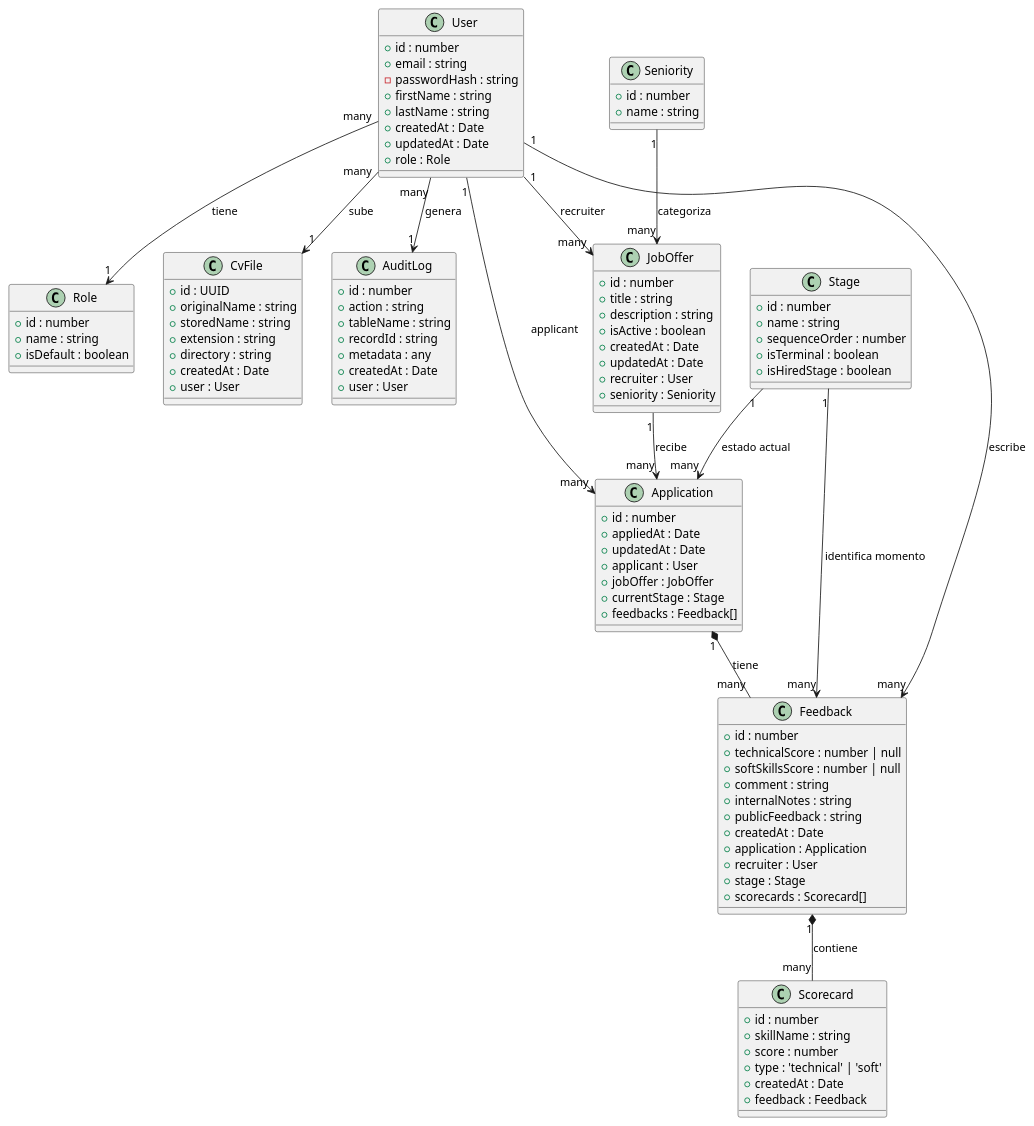
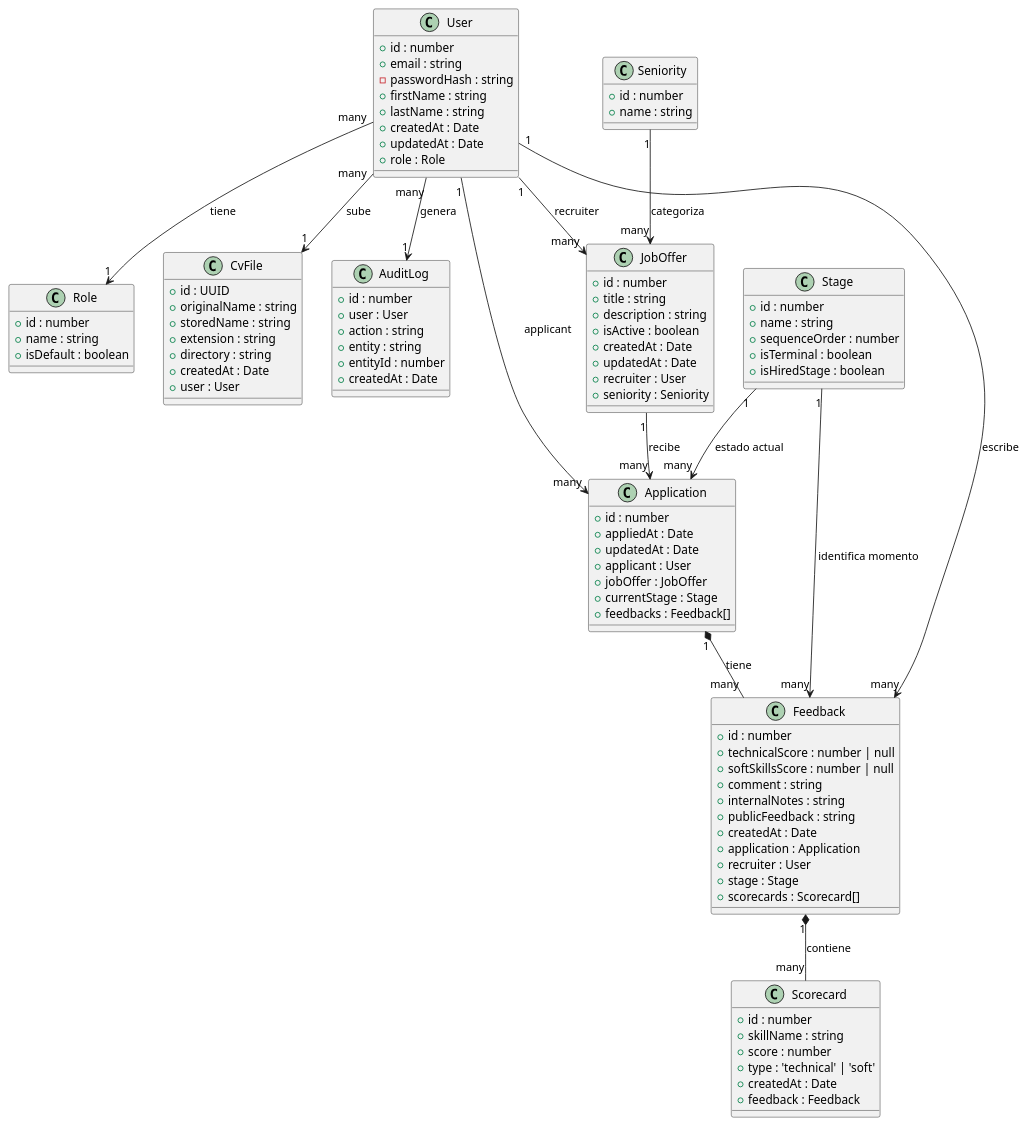
The diagram in documentacion/nextStep.puml (LauEroles/NextStep), drawn with PlantUML before and after one commit. The commit also changed 1 other file, not shown here.

Commit message:
update diagrams audit-logs

```diff
--- a/documentacion/nextStep.puml
+++ b/documentacion/nextStep.puml
@@ -1,115 +1,114 @@
 @startuml NextStep Diagrama de Clases
 
 class Role {
   + id : number
   + name : string
   + isDefault : boolean
 }
 
 class User {
   + id : number
   + email : string
   - passwordHash : string
   + firstName : string
   + lastName : string
   + createdAt : Date
   + updatedAt : Date
   + role : Role
 }
 
 class Seniority {
   + id : number
   + name : string
 }
 
 class JobOffer {
   + id : number
   + title : string
   + description : string
   + isActive : boolean
   + createdAt : Date
   + updatedAt : Date
   + recruiter : User
   + seniority : Seniority
 }
 
 class Stage {
   + id : number
   + name : string
   + sequenceOrder : number
   + isTerminal : boolean
   + isHiredStage : boolean
 }
 
 class Application {
   + id : number
   + appliedAt : Date
   + updatedAt : Date
   + applicant : User
   + jobOffer : JobOffer
   + currentStage : Stage
   + feedbacks : Feedback[]
 }
 
 class Feedback {
   + id : number
   + technicalScore : number | null
   + softSkillsScore : number | null
   + comment : string
   + internalNotes : string
   + publicFeedback : string
   + createdAt : Date
   + application : Application
   + recruiter : User
   + stage : Stage
   + scorecards : Scorecard[]
 }
 
 class Scorecard {
   + id : number
   + skillName : string
   + score : number
   + type : 'technical' | 'soft'
   + createdAt : Date
   + feedback : Feedback
 }
 
 class CvFile {
   + id : UUID
   + originalName : string
   + storedName : string
   + extension : string
   + directory : string
   + createdAt : Date
   + user : User
 }
 
 class AuditLog {
   + id : number
+  + user : User
   + action : string
-  + tableName : string
-  + recordId : string
-  + metadata : any
+  + entity : string
+  + entityId : number
   + createdAt : Date
-  + user : User
 }
 
 ' Relaciones
 User "many" --> "1" Role : "tiene"
 User "many" --> "1" CvFile : "sube"
 User "many" --> "1" AuditLog : "genera"
 User "1" --> "many" JobOffer : "recruiter"
 User "1" --> "many" Application : "applicant"
 User "1" --> "many" Feedback : "escribe"
 
 Seniority "1" --> "many" JobOffer : "categoriza"
 
 JobOffer "1" --> "many" Application : "recibe"
 
 Stage "1" --> "many" Application : "estado actual"
 Stage "1" --> "many" Feedback : "identifica momento"
 
 Application "1" *-- "many" Feedback : "tiene"
 Feedback "1" *-- "many" Scorecard : "contiene"
 
 @enduml
```
